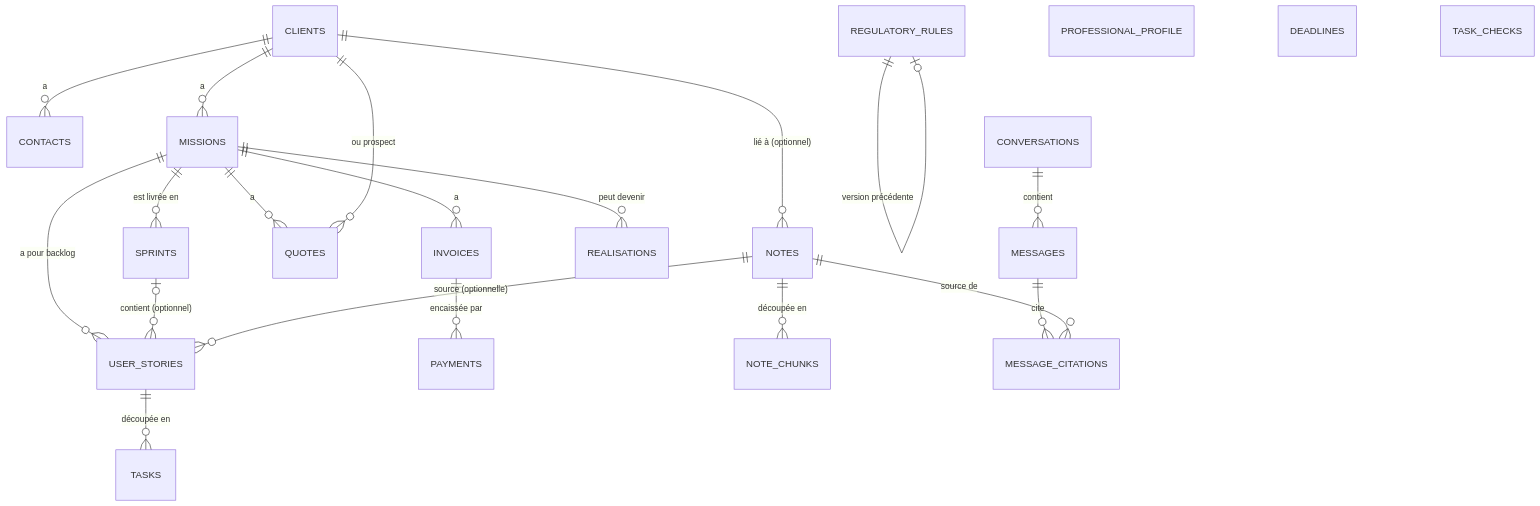
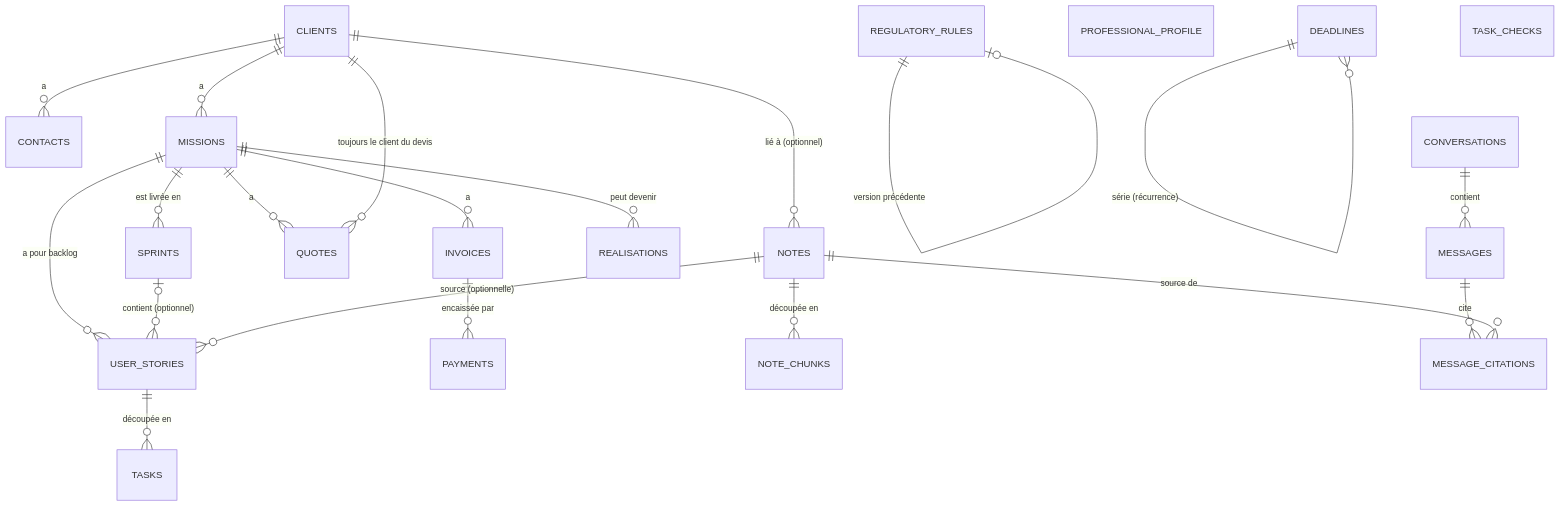
Before and after one commit to alexpericat-dotcom/logmerry: the third of 4 diagrams in _bmad-output/planning-artifacts/architecture/architecture-logmerry-2026-10-12/ARCHITECTURE-SPINE.md, drawn with Mermaid. The commit also changed other lines of this file and 2 other files, not shown here.

Commit message:
docs: architecture tightened after the adversarial review (versioned rules contract, profile states, calendar writers, cockpit ordering, quote acceptance)

````diff
--- a/_bmad-output/planning-artifacts/architecture/architecture-logmerry-2026-10-12/ARCHITECTURE-SPINE.md
+++ b/_bmad-output/planning-artifacts/architecture/architecture-logmerry-2026-10-12/ARCHITECTURE-SPINE.md
@@ -165,24 +167,24 @@
 ```mermaid
 erDiagram
   CLIENTS ||--o{ CONTACTS : a
   CLIENTS ||--o{ MISSIONS : a
   CLIENTS ||--o{ NOTES : "lié à (optionnel)"
   MISSIONS ||--o{ USER_STORIES : "a pour backlog"
   MISSIONS ||--o{ SPRINTS : "est livrée en"
   SPRINTS |o--o{ USER_STORIES : "contient (optionnel)"
   USER_STORIES ||--o{ TASKS : "découpée en"
   NOTES ||--o{ USER_STORIES : "source (optionnelle)"
   MISSIONS ||--o{ QUOTES : a
-  CLIENTS ||--o{ QUOTES : "ou prospect"
+  CLIENTS ||--o{ QUOTES : "toujours le client du devis"
   MISSIONS ||--o{ INVOICES : a
   INVOICES ||--o{ PAYMENTS : "encaissée par"
   MISSIONS ||--o{ REALISATIONS : "peut devenir"
   NOTES ||--o{ NOTE_CHUNKS : "découpée en"
   CONVERSATIONS ||--o{ MESSAGES : contient
   MESSAGES ||--o{ MESSAGE_CITATIONS : cite
   NOTES ||--o{ MESSAGE_CITATIONS : "source de"
   REGULATORY_RULES ||--o| REGULATORY_RULES : "version précédente"
   PROFESSIONAL_PROFILE
-  DEADLINES
+  DEADLINES ||--o{ DEADLINES : "série (récurrence)"
   TASK_CHECKS
 ```
````
